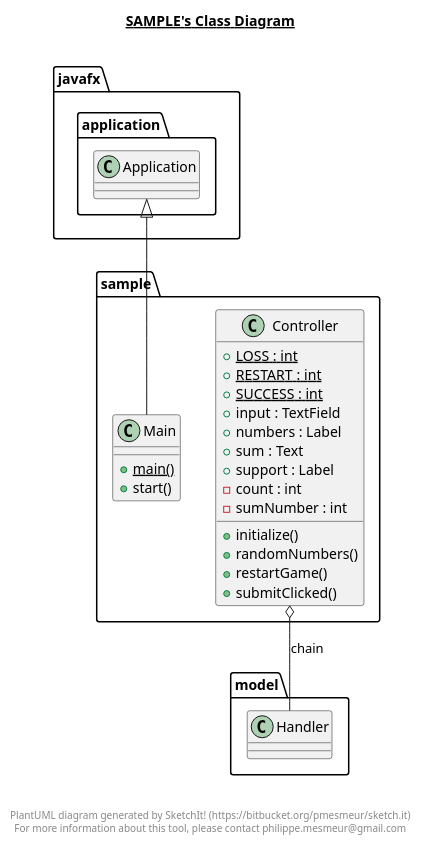
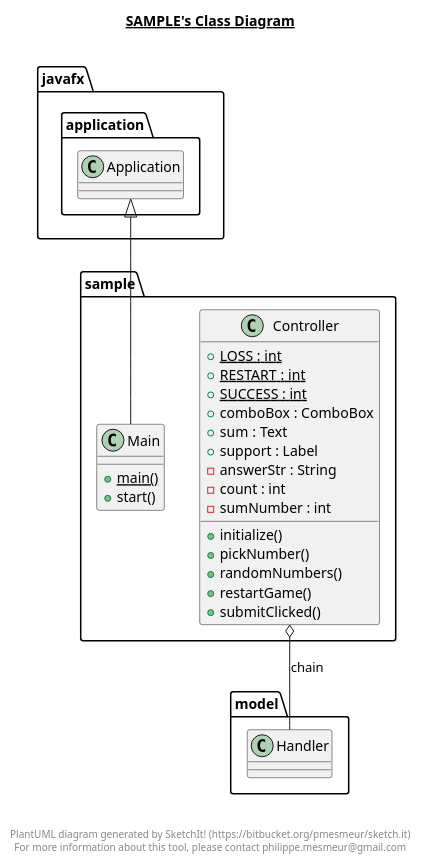
The diagram in src/sample/sample.plantuml (Hoffu/Fold_Game), drawn with PlantUML before and after one commit. The commit also changed 3 other files, not shown here.

```diff
--- a/src/sample/sample.plantuml
+++ b/src/sample/sample.plantuml
@@ -1,43 +1,44 @@
 @startuml
 
 title __SAMPLE's Class Diagram__\n
 
   namespace sample {
     class sample.Controller {
         {static} + LOSS : int
         {static} + RESTART : int
         {static} + SUCCESS : int
-        + input : TextField
-        + numbers : Label
+        + comboBox : ComboBox
         + sum : Text
         + support : Label
+        - answerStr : String
         - count : int
         - sumNumber : int
         + initialize()
+        + pickNumber()
         + randomNumbers()
         + restartGame()
         + submitClicked()
     }
   }
   
 
   namespace sample {
     class sample.Main {
         {static} + main()
         + start()
     }
   }
   
 
   sample.Controller o-- model.Handler : chain
   sample.Main -up-|> javafx.application.Application
 
 
 right footer
 
 
 PlantUML diagram generated by SketchIt! (https://bitbucket.org/pmesmeur/sketch.it)
 For more information about this tool, please contact philippe.mesmeur@gmail.com
 endfooter
 
 @enduml
```
